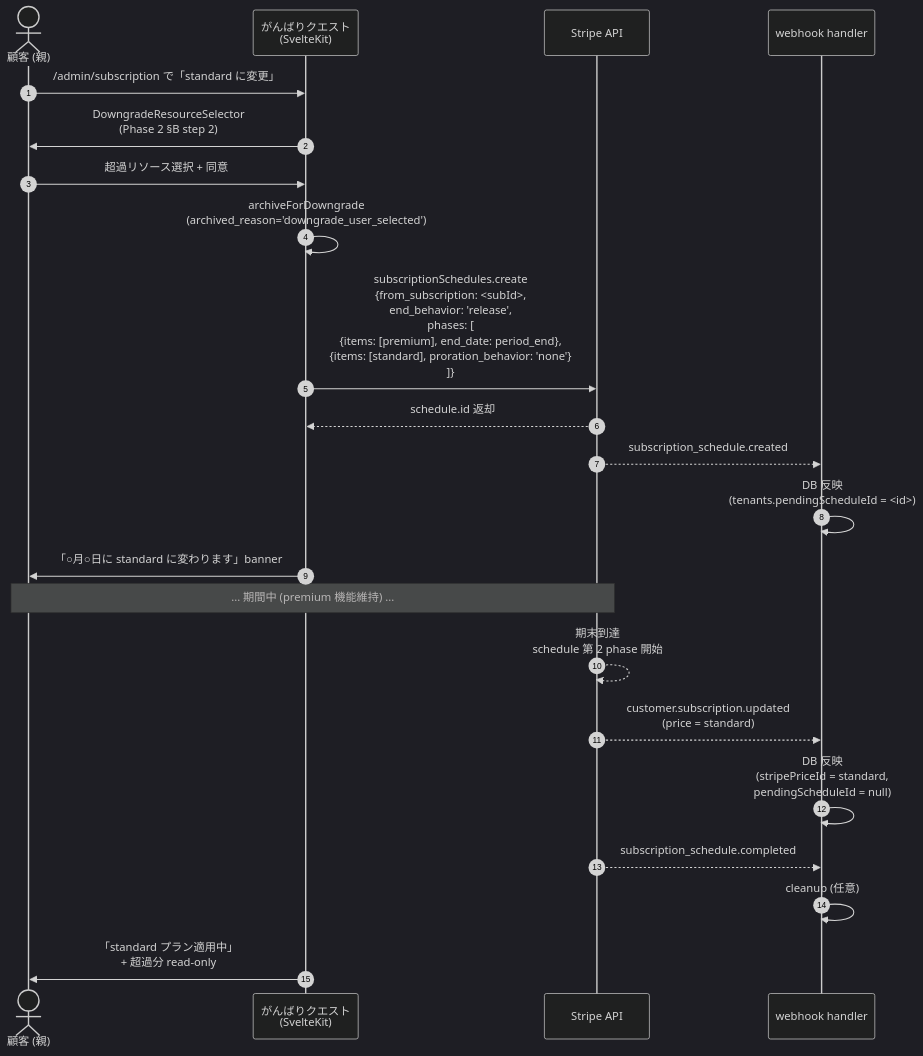
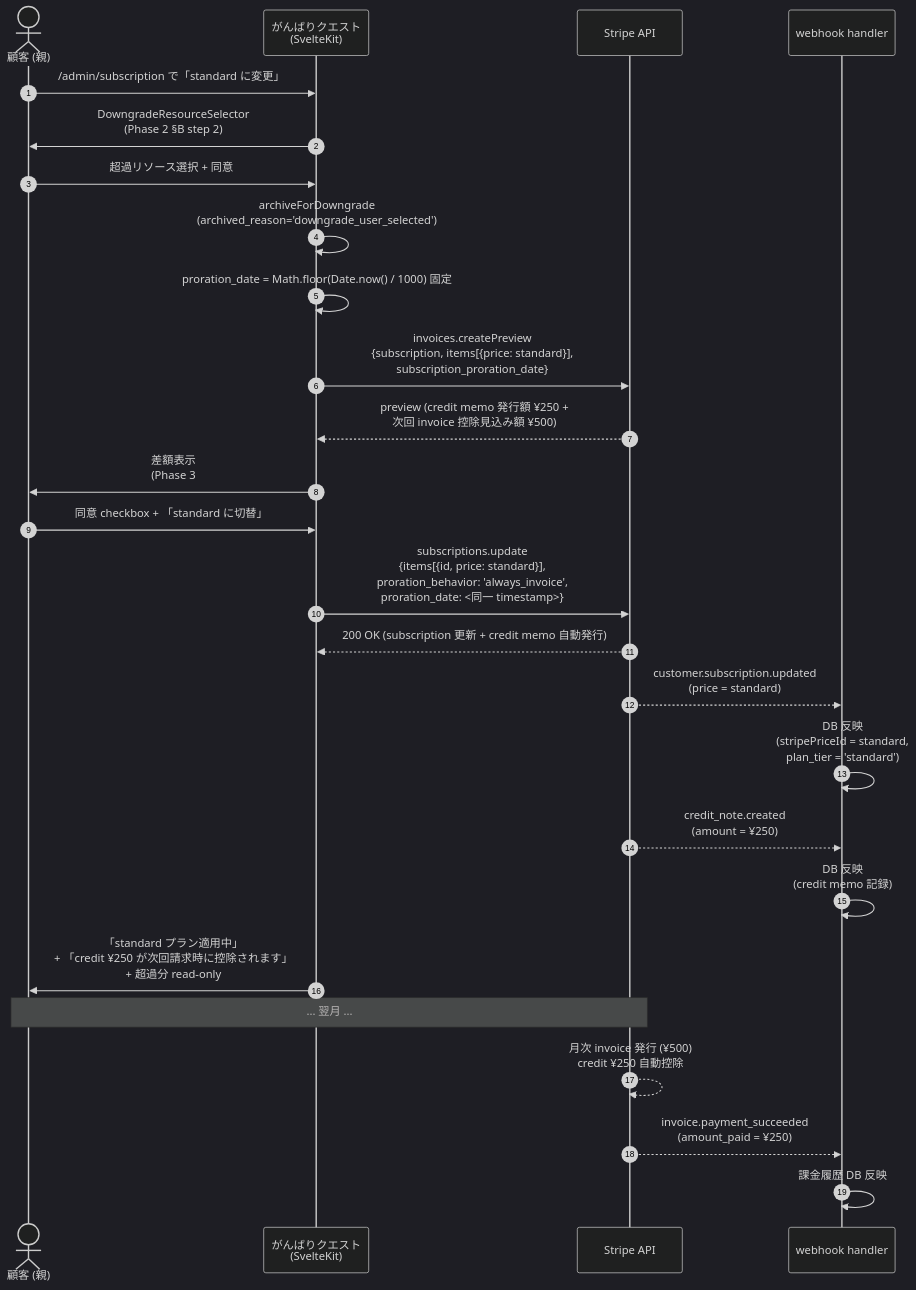
Before and after one commit to Takenori-Kusaka/ganbari-quest: the second of 2 diagrams in docs/design/billing-redesign/phase5-proration-architecture.md, drawn with Mermaid (dark theme). The commit also changed other lines of this file and 5 other files, not shown here.

First line of the commit message:
docs(billing-redesign): #2683 Phase 5/6 補強 — 2 Product 構成 (代替案 D) + API ver 訂正 + Webhook immutable 副次制約 4

````diff
--- a/docs/design/billing-redesign/phase5-proration-architecture.md
+++ b/docs/design/billing-redesign/phase5-proration-architecture.md
@@ -180,25 +178,29 @@
 ```mermaid
 sequenceDiagram
     autonumber
     actor User as 顧客 (親)
     participant App as がんばりクエスト<br/>(SvelteKit)
     participant Stripe as Stripe API
     participant Webhook as webhook handler
 
     User->>App: /admin/subscription で「standard に変更」
     App->>User: DowngradeResourceSelector<br/>(Phase 2 §B step 2)
     User->>App: 超過リソース選択 + 同意
     App->>App: archiveForDowngrade<br/>(archived_reason='downgrade_user_selected')
-    App->>Stripe: subscriptionSchedules.create<br/>{from_subscription: <subId>,<br/>end_behavior: 'release',<br/>phases: [<br/>  {items: [premium], end_date: period_end},<br/>  {items: [standard], proration_behavior: 'none'}<br/>]}
-    Stripe-->>App: schedule.id 返却
-    Stripe-->>Webhook: subscription_schedule.created
-    Webhook->>Webhook: DB 反映<br/>(tenants.pendingScheduleId = <id>)
-    App->>User: 「○月○日に standard に変わります」banner
-    Note over User, Stripe: ... 期間中 (premium 機能維持) ...
-    Stripe-->>Stripe: 期末到達<br/>schedule 第 2 phase 開始
+    App->>App: proration_date = Math.floor(Date.now() / 1000) 固定
+    App->>Stripe: invoices.createPreview<br/>{subscription, items[{price: standard}],<br/>subscription_proration_date}
+    Stripe-->>App: preview (credit memo 発行額 ¥250 +<br/>次回 invoice 控除見込み額 ¥500)
+    App->>User: 差額表示<br/>(Phase 3 #2573 §3.3 6 ブロック)
+    User->>App: 同意 checkbox + 「standard に切替」
+    App->>Stripe: subscriptions.update<br/>{items[{id, price: standard}],<br/>proration_behavior: 'always_invoice',<br/>proration_date: <同一 timestamp>}
+    Stripe-->>App: 200 OK (subscription 更新 + credit memo 自動発行)
     Stripe-->>Webhook: customer.subscription.updated<br/>(price = standard)
-    Webhook->>Webhook: DB 反映<br/>(stripePriceId = standard,<br/>pendingScheduleId = null)
-    Stripe-->>Webhook: subscription_schedule.completed
-    Webhook->>Webhook: cleanup (任意)
-    App->>User: 「standard プラン適用中」<br/>+ 超過分 read-only
+    Webhook->>Webhook: DB 反映<br/>(stripePriceId = standard,<br/>plan_tier = 'standard')
+    Stripe-->>Webhook: credit_note.created<br/>(amount = ¥250)
+    Webhook->>Webhook: DB 反映<br/>(credit memo 記録)
+    App->>User: 「standard プラン適用中」<br/>+ 「credit ¥250 が次回請求時に控除されます」<br/>+ 超過分 read-only
+    Note over User, Stripe: ... 翌月 ...
+    Stripe-->>Stripe: 月次 invoice 発行 (¥500)<br/>credit ¥250 自動控除
+    Stripe-->>Webhook: invoice.payment_succeeded<br/>(amount_paid = ¥250)
+    Webhook->>Webhook: 課金履歴 DB 反映
 ```
````
